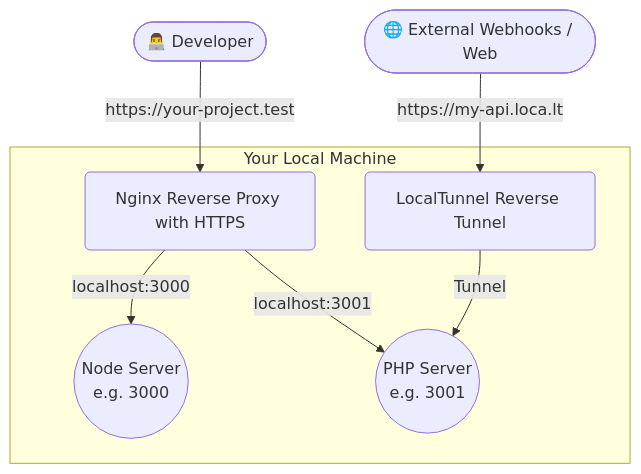
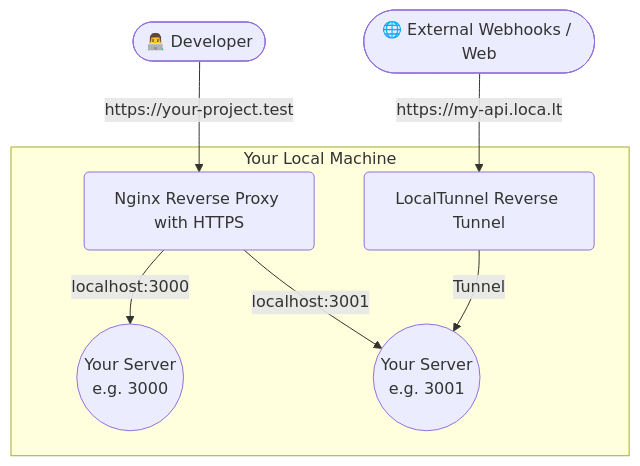
Before and after one commit to davidlomas/magicserve: the diagram in README.md, drawn with Mermaid. The commit also changed other lines of this file and 4 other files, not shown here.

````diff
--- a/README.md
+++ b/README.md
@@ -83,19 +79,19 @@
 ```mermaid
 flowchart TD
     Dev([👨‍💻 Developer])
     World([🌐 External Webhooks / Web])
     
     subgraph Your Local Machine
         Nginx(Nginx Reverse Proxy with HTTPS)
         LT(LocalTunnel Reverse Tunnel)
-        Node((Node Server\ne.g. 3000))
-        PHP((PHP Server\ne.g. 3001))
+        Node((Your Server\ne.g. 3000))
+        PHP((Your Server\ne.g. 3001))
     end
 
     Dev -- "https://your-project.test" --> Nginx
     World -- "https://my-api.loca.lt" --> LT
     
     Nginx -- "localhost:3000" --> Node
     Nginx -- "localhost:3001" --> PHP
     LT -- "Tunnel" --> PHP
 ```
````
